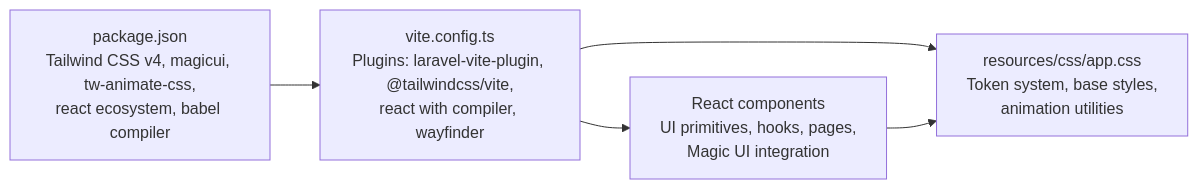
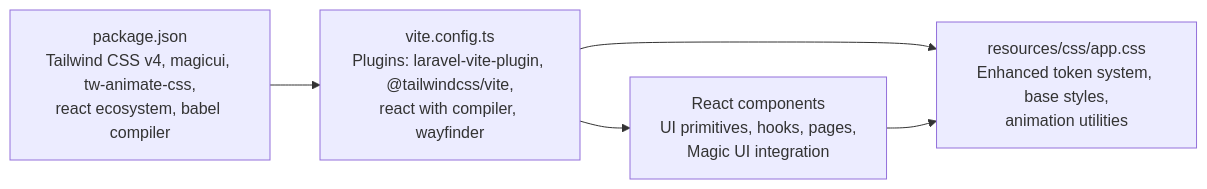
One commit to PA-Penajam/kepegawaian_apps changed the third of 3 diagrams in .qoder/repowiki/en/content/Frontend Architecture/Styling and Theming.md. Above: the diagram before and after it, drawn with Mermaid. The commit also changed other lines of this file and 4 other files, not shown here.

First line of the commit message:
docs(repowiki): update frontend architecture wiki dengan Magic UI components

````diff
--- a/.qoder/repowiki/en/content/Frontend Architecture/Styling and Theming.md
+++ b/.qoder/repowiki/en/content/Frontend Architecture/Styling and Theming.md
@@ -215,7 +224,7 @@
 ```mermaid
 graph LR
 Pkg["package.json<br/>Tailwind CSS v4, magicui, tw-animate-css,<br/>react ecosystem, babel compiler"] --> ViteCfg["vite.config.ts<br/>Plugins: laravel-vite-plugin, @tailwindcss/vite,<br/>react with compiler, wayfinder"]
-ViteCfg --> CSS["resources/css/app.css<br/>Token system, base styles,<br/>animation utilities"]
+ViteCfg --> CSS["resources/css/app.css<br/>Enhanced token system, base styles,<br/>animation utilities"]
 ViteCfg --> JSX["React components<br/>UI primitives, hooks, pages,<br/>Magic UI integration"]
 JSX --> CSS
 ```
````
